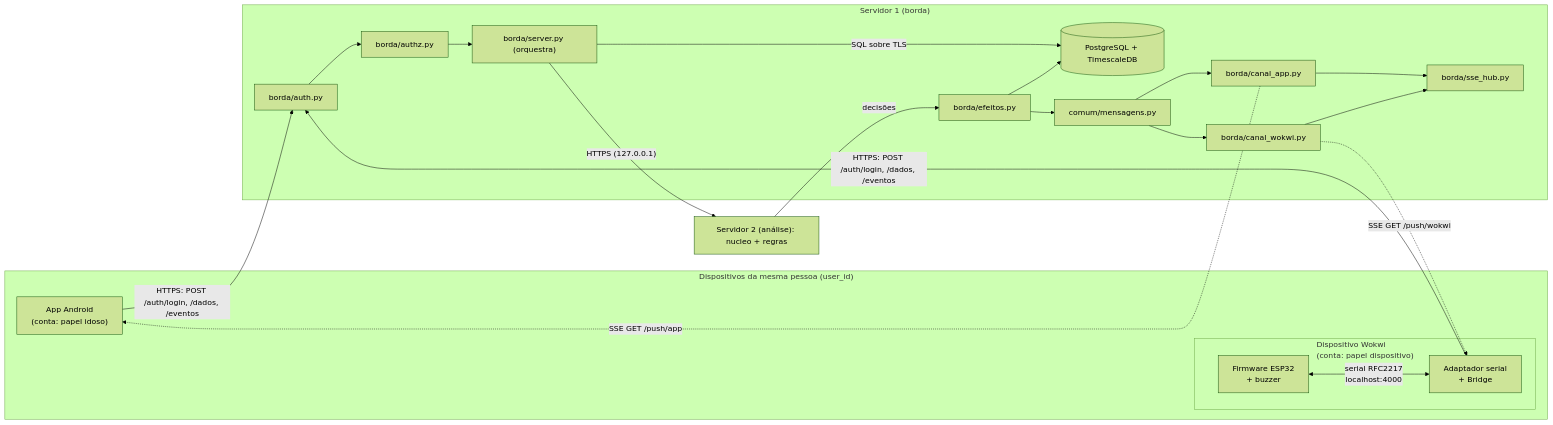
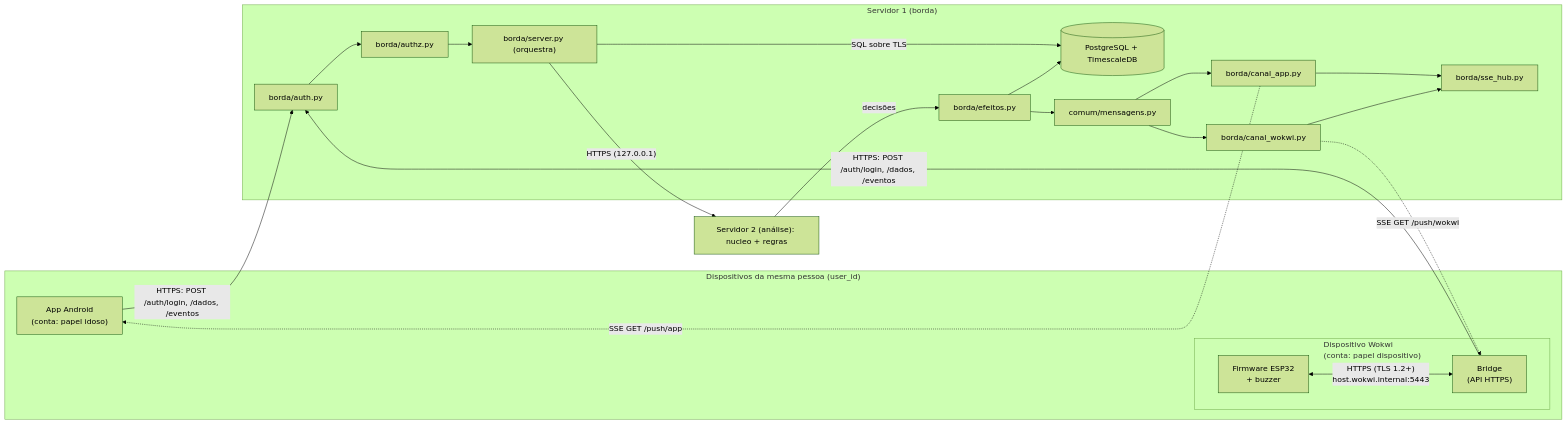
Before and after one commit to UFG-INF-SSU-2026/Flow: the first of 5 diagrams in docs/arquitetura.md, drawn with Mermaid (forest theme). The commit also changed other lines of this file and 23 other files, not shown here.

Commit message:
feat: melhora https do wokwi

````diff
--- a/docs/arquitetura.md
+++ b/docs/arquitetura.md
@@ -100,38 +100,38 @@
 ```mermaid
 flowchart LR
     subgraph Disp["Dispositivos da mesma pessoa (user_id)"]
         APP["App Android<br/>(conta: papel idoso)"]
         subgraph WK["Dispositivo Wokwi<br/>(conta: papel dispositivo)"]
             ESP["Firmware ESP32<br/>+ buzzer"]
-            BR["Adaptador serial<br/>+ Bridge"]
-            ESP <-->|"serial RFC2217<br/>localhost:4000"| BR
+            BR["Bridge<br/>(API HTTPS)"]
+            ESP <-->|"HTTPS (TLS 1.2+)<br/>host.wokwi.internal:5443"| BR
         end
     end
 
     subgraph SRV["Servidor 1 (borda)"]
         AUTH["borda/auth.py"]
         AUTHZ["borda/authz.py"]
         SRVP["borda/server.py (orquestra)"]
         EF["borda/efeitos.py"]
         DB[("PostgreSQL + TimescaleDB")]
         MSG["comum/mensagens.py"]
         CA["borda/canal_app.py"]
         CW["borda/canal_wokwi.py"]
         HUB["borda/sse_hub.py"]
         CA --> HUB
         CW --> HUB
     end
 
     APP -->|"HTTPS: POST /auth/login, /dados, /eventos"| AUTH
     BR  -->|"HTTPS: POST /auth/login, /dados, /eventos"| AUTH
     AUTH --> AUTHZ --> SRVP
     SRVP -->|"HTTPS (127.0.0.1)"| RQ["Servidor 2 (análise): nucleo + regras"]
     RQ -->|"decisões"| EF
     SRVP -->|"SQL sobre TLS"| DB
     EF --> DB
     EF --> MSG
     MSG --> CA
     MSG --> CW
     CA -.->|"SSE GET /push/app"| APP
     CW -.->|"SSE GET /push/wokwi"| BR
 ```
````
